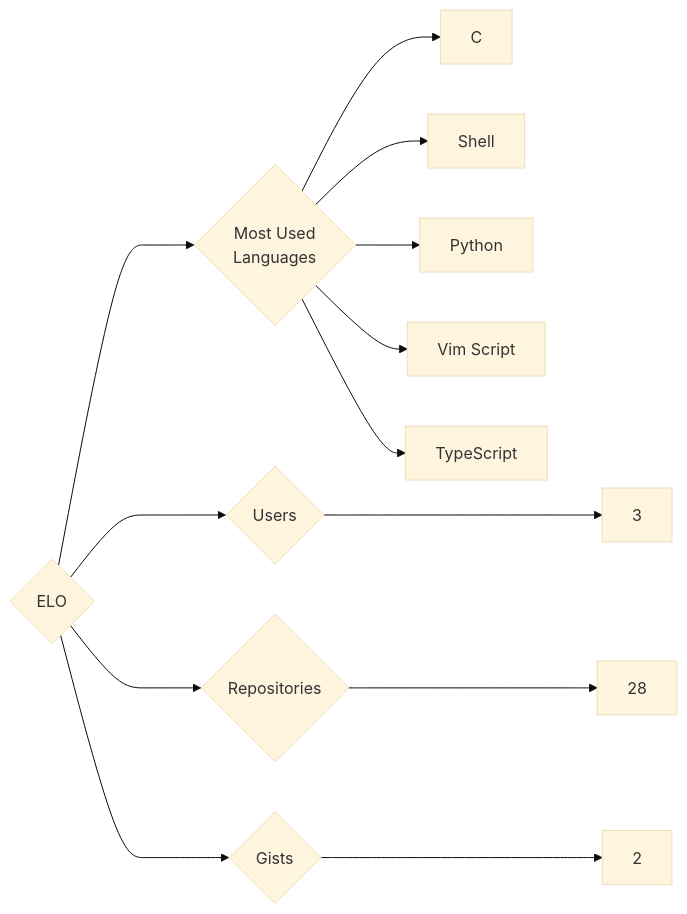
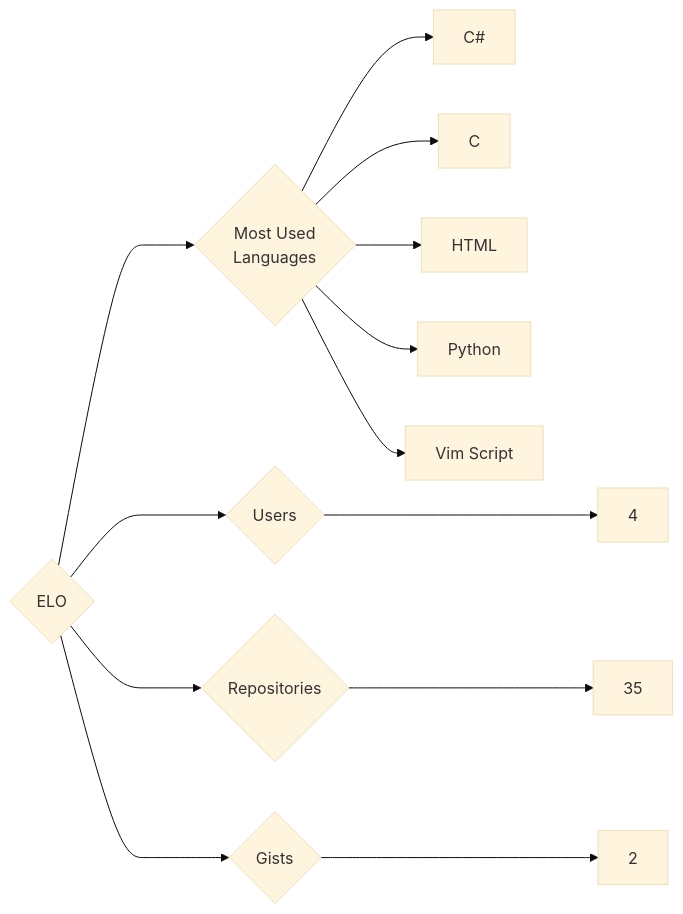
The diagram in targets/ELO/README.md (trickest/insiders), drawn with Mermaid (base theme) before and after one commit. The commit also changed 1036 other files, not shown here.

````diff
--- a/targets/ELO/README.md
+++ b/targets/ELO/README.md
@@ -3,13 +3,13 @@
 ```mermaid
 graph LR
 COMPANY_NAME{ELO}
-COMPANY_NAME ---> U{Users} ---> UN[3]
-COMPANY_NAME ---> R{Repositories} ---> RN[28]
+COMPANY_NAME ---> U{Users} ---> UN[4]
+COMPANY_NAME ---> R{Repositories} ---> RN[35]
 COMPANY_NAME ---> G{Gists} ---> GN[2]
 COMPANY_NAME ---> ML{Most Used<br>Languages}
+ML --> C#[C#]
 ML --> C[C]
-ML --> Shell[Shell]
+ML --> HTML[HTML]
 ML --> Python[Python]
 ML --> Vim_Script[Vim Script]
-ML --> TypeScript[TypeScript]
 ```
````
